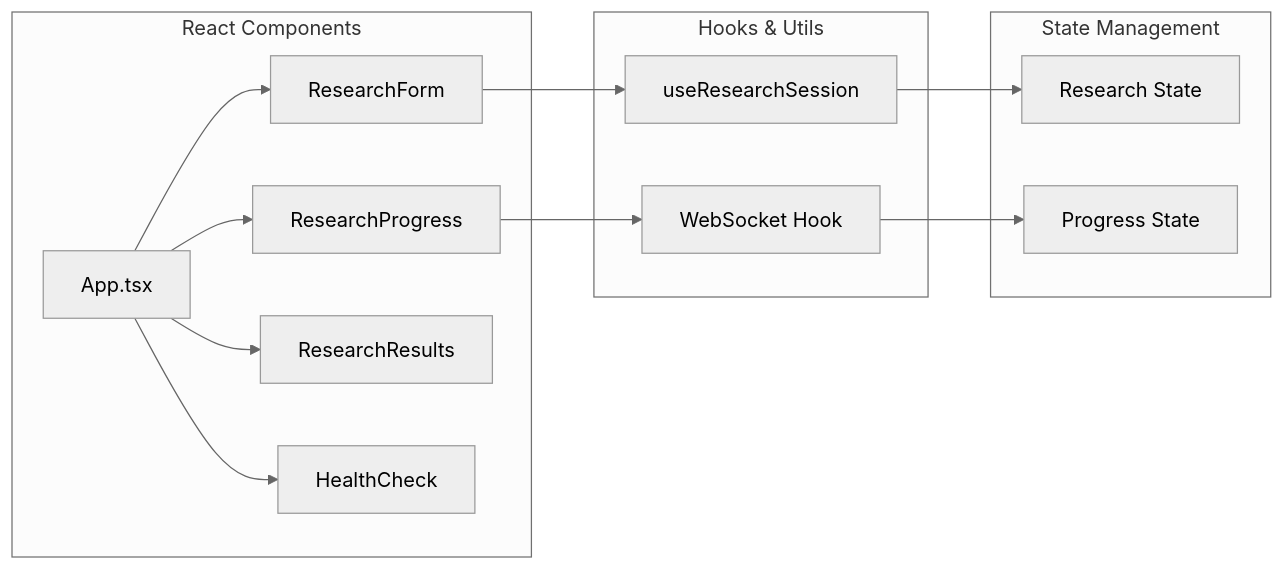
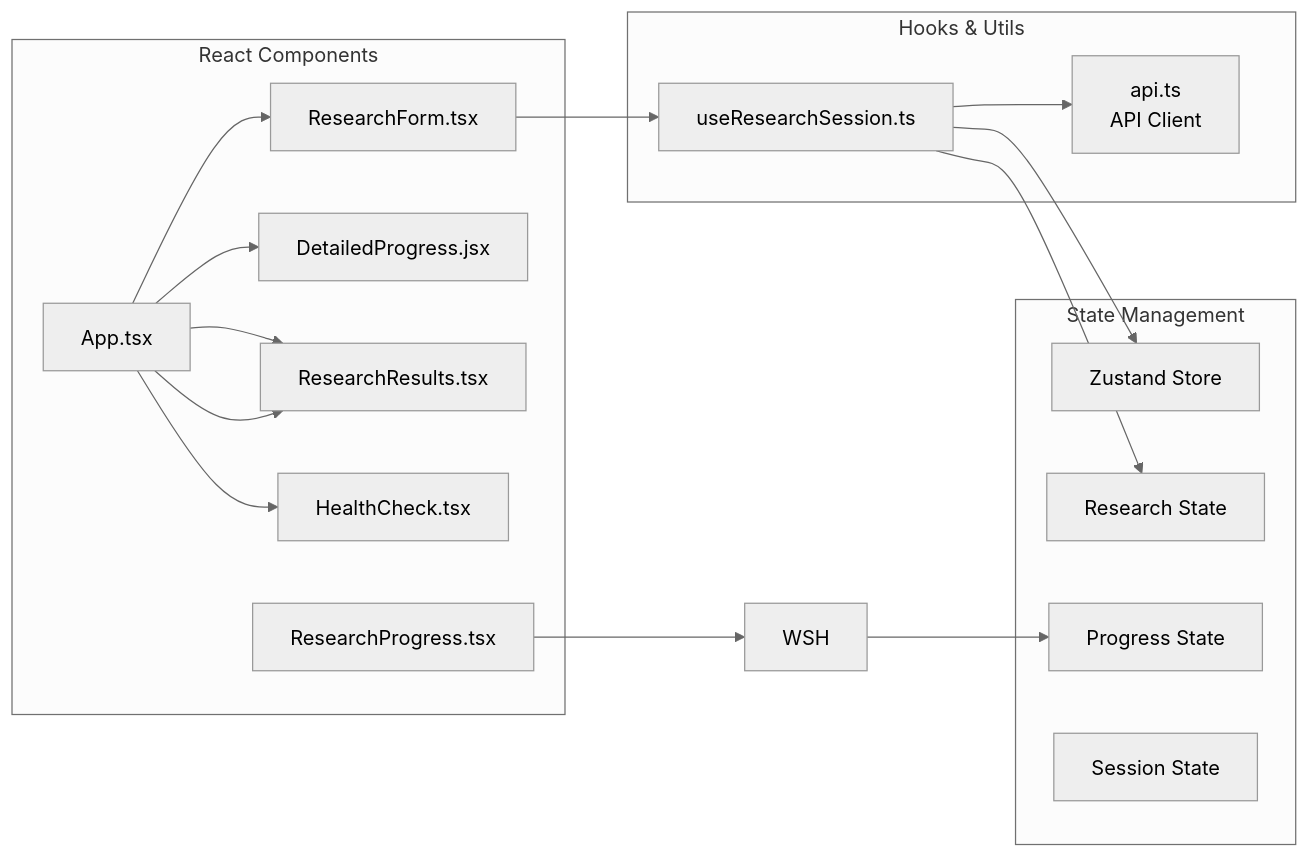
Before and after one commit to laurus-kpa007/open-deep-research: the second of 11 diagrams in ARCHITECTURE.md, drawn with Mermaid (neutral theme). The commit also changed other lines of this file and 3 other files, not shown here.

````diff
--- a/ARCHITECTURE.md
+++ b/ARCHITECTURE.md
@@ -79,30 +87,36 @@
 ```mermaid
 graph LR
     subgraph "React Components"
         App[App.tsx]
-        RF[ResearchForm]
-        RP[ResearchProgress]
-        RR[ResearchResults]
-        HC[HealthCheck]
+        RF[ResearchForm.tsx]
+        DP[DetailedProgress.jsx]
+        RR[ResearchResults.tsx]
+        HC[HealthCheck.tsx]
+        RP[ResearchProgress.tsx]
     end
-    
+
     subgraph "Hooks & Utils"
-        URS[useResearchSession]
-        WSH[WebSocket Hook]
+        URS[useResearchSession.ts]
+        API[api.ts<br/>API Client]
     end
-    
+
     subgraph "State Management"
+        ZS[Zustand Store]
         RS[Research State]
         PS[Progress State]
+        SS[Session State]
     end
-    
+
     App --> RF
-    App --> RP
+    App --> DP
+    App --> RR
+    URS --> API
+    URS --> ZS
     App --> RR
     App --> HC
     
     RF --> URS
     RP --> WSH
     URS --> RS
     WSH --> PS
 ```
````
